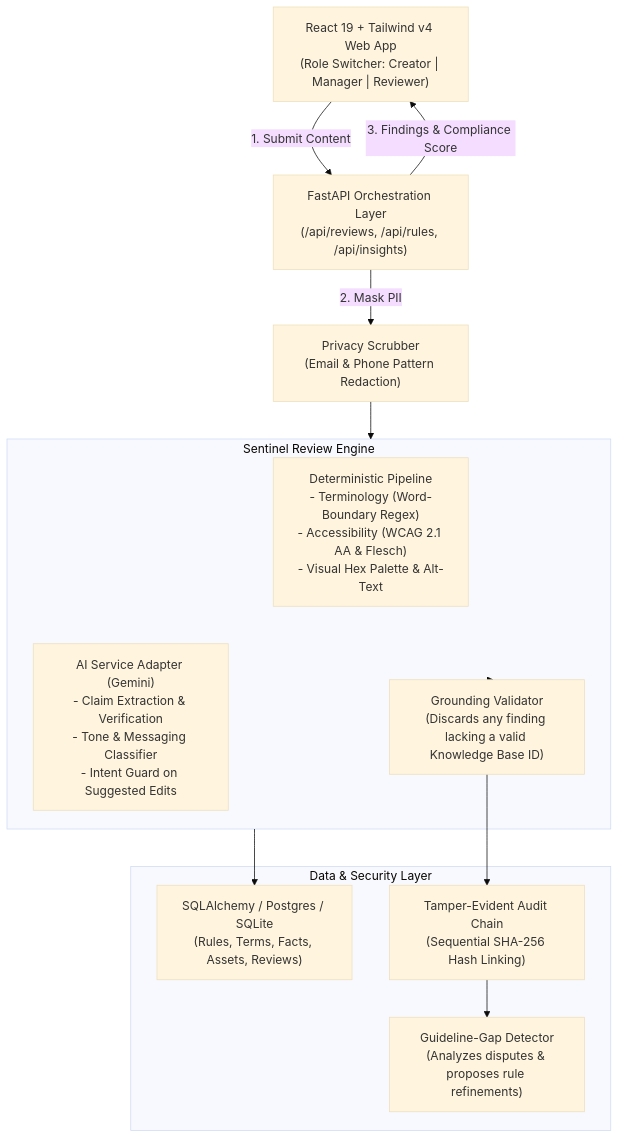
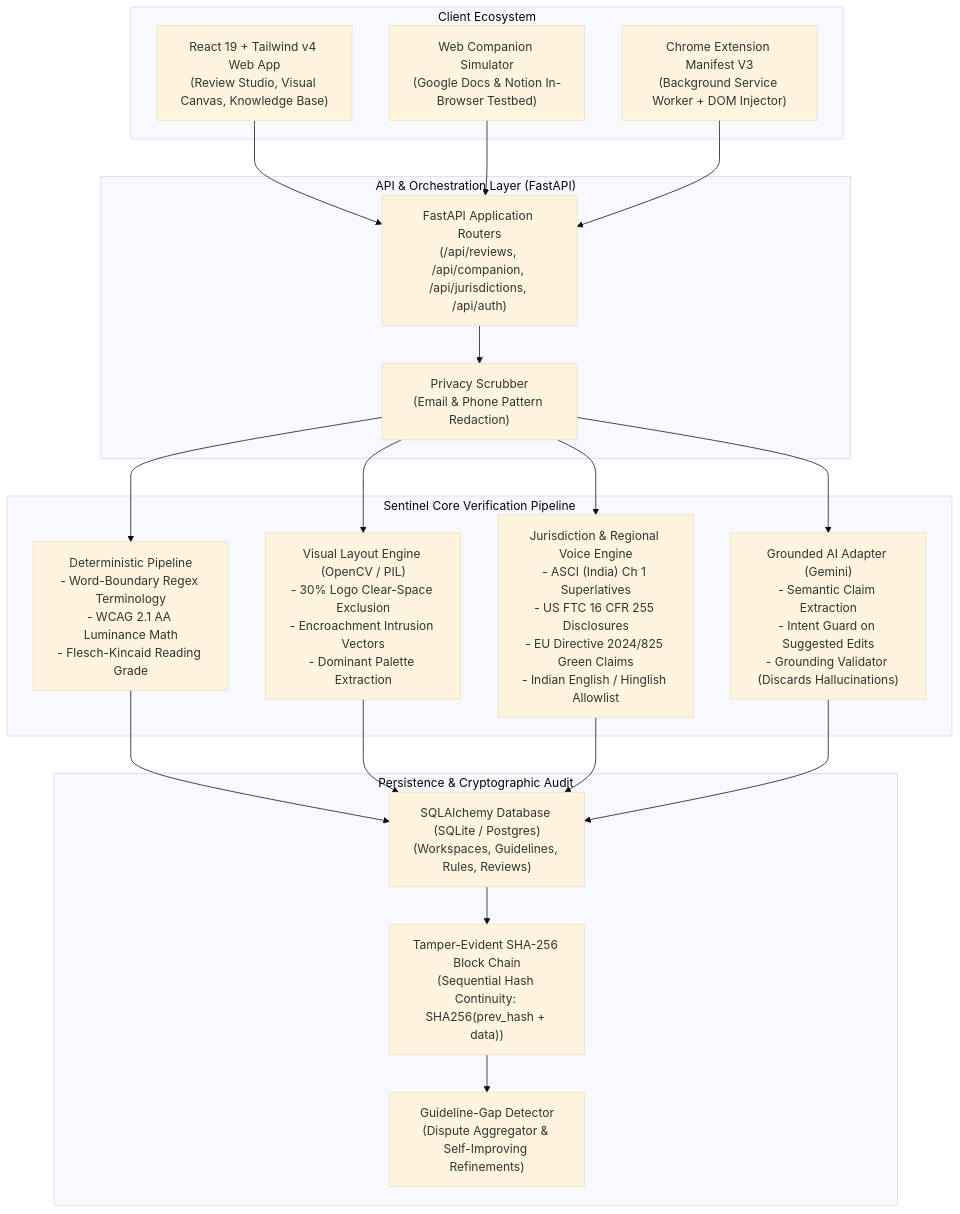
Before and after one commit to jaydevgania/Sentinel-: the diagram in README.md, drawn with Mermaid (base theme). The commit also changed other lines of this file and 10 other files, not shown here.

````diff
--- a/README.md
+++ b/README.md
@@ -24,27 +74,41 @@
 ```mermaid
 flowchart TD
-    Client["React 19 + Tailwind v4 Web App\n(Role Switcher: Creator | Manager | Reviewer)"]
-    API["FastAPI Orchestration Layer\n(/api/reviews, /api/rules, /api/insights)"]
-    PII["Privacy Scrubber\n(Email & Phone Pattern Redaction)"]
-    
-    subgraph ReviewEngine ["Sentinel Review Engine"]
-        DetCheck["Deterministic Pipeline\n- Terminology (Word-Boundary Regex)\n- Accessibility (WCAG 2.1 AA & Flesch)\n- Visual Hex Palette & Alt-Text"]
-        GeminiAdapter["AI Service Adapter (Gemini)\n- Claim Extraction & Verification\n- Tone & Messaging Classifier\n- Intent Guard on Suggested Edits"]
-        GroundingValidator["Grounding Validator\n(Discards any finding lacking a valid Knowledge Base ID)"]
-    end
-    
-    subgraph DataStore ["Data & Security Layer"]
-        DB["SQLAlchemy / Postgres / SQLite\n(Rules, Terms, Facts, Assets, Reviews)"]
-        AuditLog["Tamper-Evident Audit Chain\n(Sequential SHA-256 Hash Linking)"]
-        Insights["Guideline-Gap Detector\n(Analyzes disputes & proposes rule refinements)"]
+    subgraph Clients ["Client Ecosystem"]
+        WebApp["React 19 + Tailwind v4 Web App\n(Review Studio, Visual Canvas, Knowledge Base)"]
+        Simulator["Web Companion Simulator\n(Google Docs & Notion In-Browser Testbed)"]
+        Extension["Chrome Extension Manifest V3\n(Background Service Worker + DOM Injector)"]
     end
 
-    Client -->|1. Submit Content| API
-    API -->|2. Mask PII| PII
-    PII --> ReviewEngine
-    ReviewEngine --> DB
-    ReviewEngine --> GroundingValidator
-    GroundingValidator --> AuditLog
-    AuditLog --> Insights
-    API -->|3. Findings & Compliance Score| Client
+    subgraph Gateway ["API & Orchestration Layer (FastAPI)"]
+        Router["FastAPI Application Routers\n(/api/reviews, /api/companion, /api/jurisdictions, /api/auth)"]
+        PII["Privacy Scrubber\n(Email & Phone Pattern Redaction)"]
+    end
+
+    subgraph Engines ["Sentinel Core Verification Pipeline"]
+        DetEngine["Deterministic Pipeline\n- Word-Boundary Regex Terminology\n- WCAG 2.1 AA Luminance Math\n- Flesch-Kincaid Reading Grade"]
+        VisualEngine["Visual Layout Engine (OpenCV / PIL)\n- 30% Logo Clear-Space Exclusion\n- Encroachment Intrusion Vectors\n- Dominant Palette Extraction"]
+        JurEngine["Jurisdiction & Regional Voice Engine\n- ASCI (India) Ch 1 Superlatives\n- US FTC 16 CFR 255 Disclosures\n- EU Directive 2024/825 Green Claims\n- Indian English / Hinglish Allowlist"]
+        GeminiAdapter["Grounded AI Adapter (Gemini)\n- Semantic Claim Extraction\n- Intent Guard on Suggested Edits\n- Grounding Validator (Discards Hallucinations)"]
+    end
+
+    subgraph Persistence ["Persistence & Cryptographic Audit"]
+        DB["SQLAlchemy Database (SQLite / Postgres)\n(Workspaces, Guidelines, Rules, Reviews)"]
+        AuditChain["Tamper-Evident SHA-256 Block Chain\n(Sequential Hash Continuity: SHA256(prev_hash + data))"]
+        GapDetector["Guideline-Gap Detector\n(Dispute Aggregator & Self-Improving Refinements)"]
+    end
+
+    WebApp --> Router
+    Simulator --> Router
+    Extension --> Router
+    Router --> PII
+    PII --> DetEngine
+    PII --> VisualEngine
+    PII --> JurEngine
+    PII --> GeminiAdapter
+    DetEngine --> DB
+    VisualEngine --> DB
+    JurEngine --> DB
+    GeminiAdapter --> DB
+    DB --> AuditChain
+    AuditChain --> GapDetector
 ```
````
